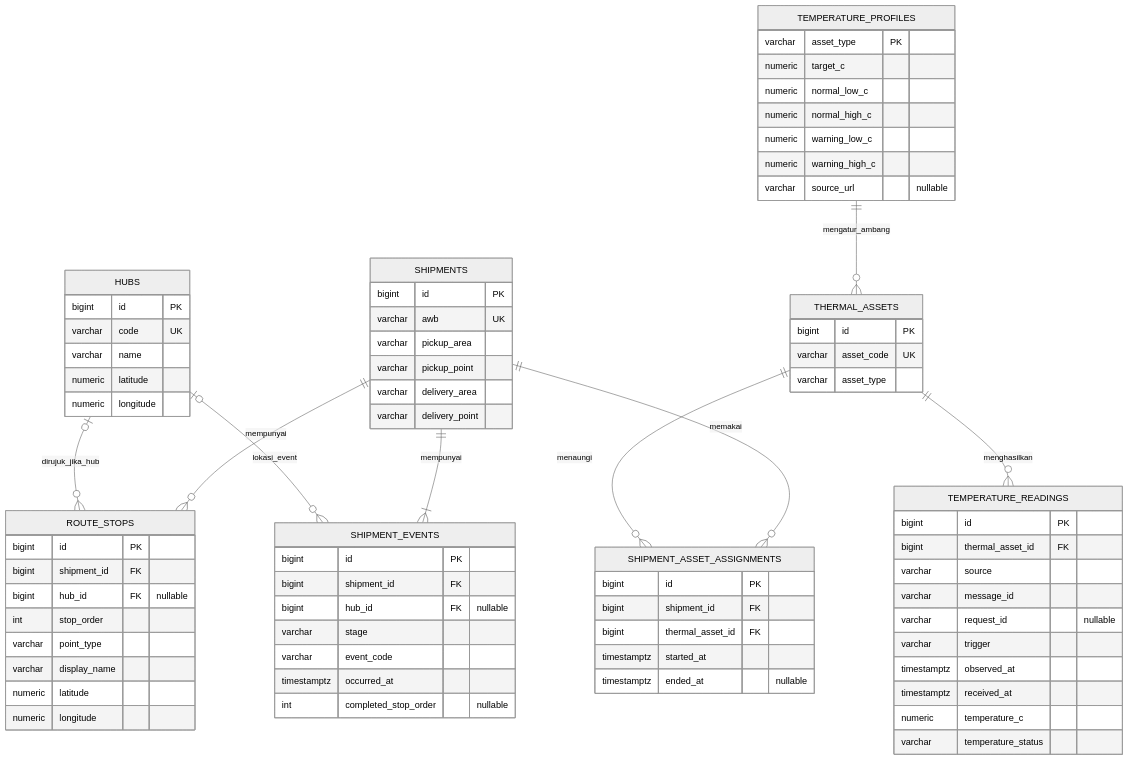
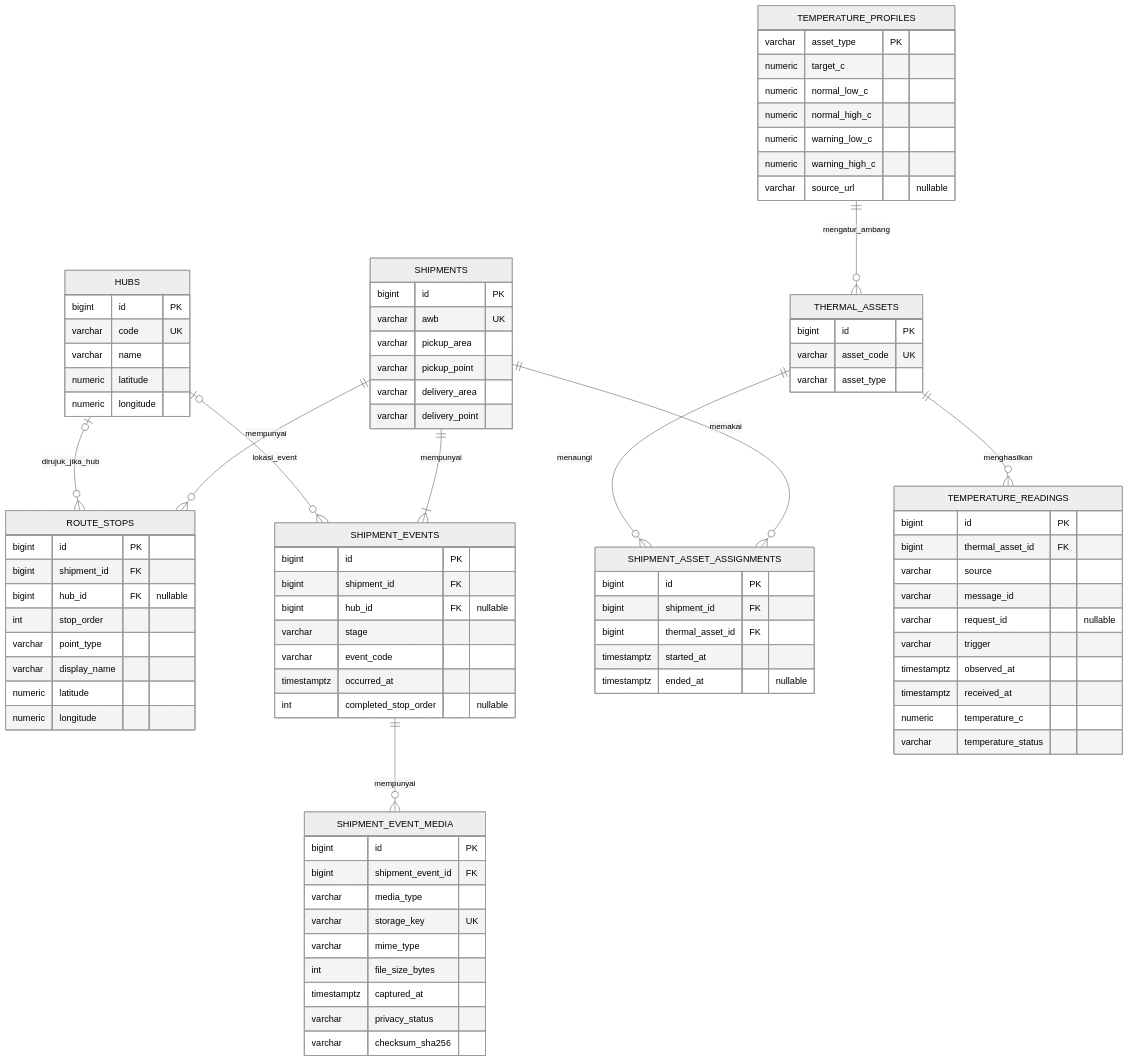
The first of 2 diagrams in docs/db.md (rianyuliawan/anteraja-capstone-rianyuliawan), drawn with Mermaid (neutral theme) before and after one commit. The commit also changed other lines of this file and 5 other files, not shown here.

```diff
--- a/docs/db.md
+++ b/docs/db.md
@@ -14,6 +14,7 @@
   HUBS o|--o{ ROUTE_STOPS : dirujuk_jika_hub
   SHIPMENTS ||--|{ SHIPMENT_EVENTS : mempunyai
   HUBS o|--o{ SHIPMENT_EVENTS : lokasi_event
+  SHIPMENT_EVENTS ||--o{ SHIPMENT_EVENT_MEDIA : mempunyai
   SHIPMENTS ||--o{ SHIPMENT_ASSET_ASSIGNMENTS : memakai
   TEMPERATURE_PROFILES ||--o{ THERMAL_ASSETS : mengatur_ambang
   THERMAL_ASSETS ||--o{ SHIPMENT_ASSET_ASSIGNMENTS : menaungi
@@ -53,6 +54,17 @@
     timestamptz occurred_at
     int completed_stop_order "nullable"
   }
+  SHIPMENT_EVENT_MEDIA {
+    bigint id PK
+    bigint shipment_event_id FK
+    varchar media_type
+    varchar storage_key UK
+    varchar mime_type
+    int file_size_bytes
+    timestamptz captured_at
+    varchar privacy_status
+    varchar checksum_sha256
+  }
   THERMAL_ASSETS {
     bigint id PK
     varchar asset_code UK
```
